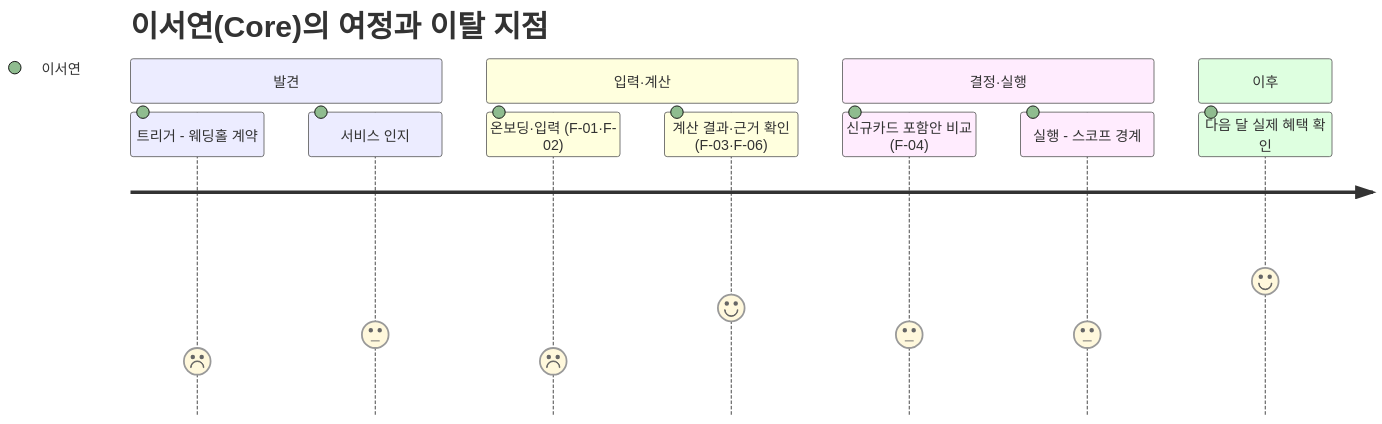
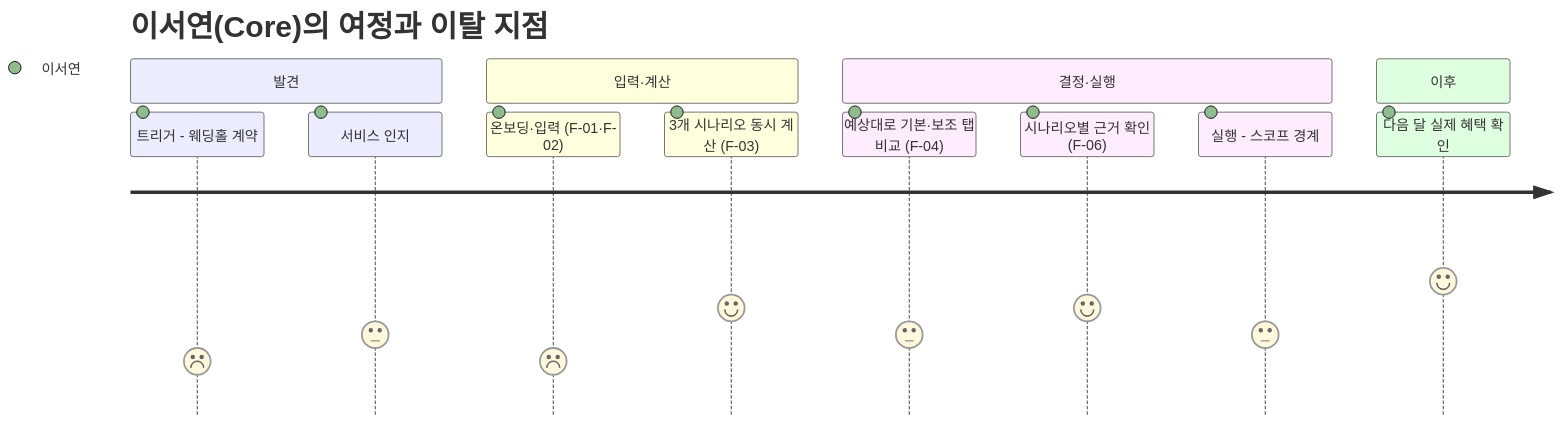
The first of 3 diagrams in PRD_CardFit_v1.0.md (jennie-brain/CardFit-prd-to-srs), drawn with Mermaid before and after one commit. The commit also changed other lines of this file and 2 other files, not shown here.

Commit message:
docs: align PRD diagrams with scenario model

````diff
--- a/PRD_CardFit_v1.0.md
+++ b/PRD_CardFit_v1.0.md
@@ -115,15 +115,16 @@
 ```mermaid
 journey
     title 이서연(Core)의 여정과 이탈 지점
     section 발견
       트리거 - 웨딩홀 계약: 2: 이서연
       서비스 인지: 3: 이서연
     section 입력·계산
       온보딩·입력 (F-01·F-02): 2: 이서연
-      계산 결과·근거 확인 (F-03·F-06): 4: 이서연
+      3개 시나리오 동시 계산 (F-03): 4: 이서연
     section 결정·실행
-      신규카드 포함안 비교 (F-04): 3: 이서연
+      예상대로 기본·보조 탭 비교 (F-04): 3: 이서연
+      시나리오별 근거 확인 (F-06): 4: 이서연
       실행 - 스코프 경계: 3: 이서연
     section 이후
       다음 달 실제 혜택 확인: 5: 이서연
 ```
````
